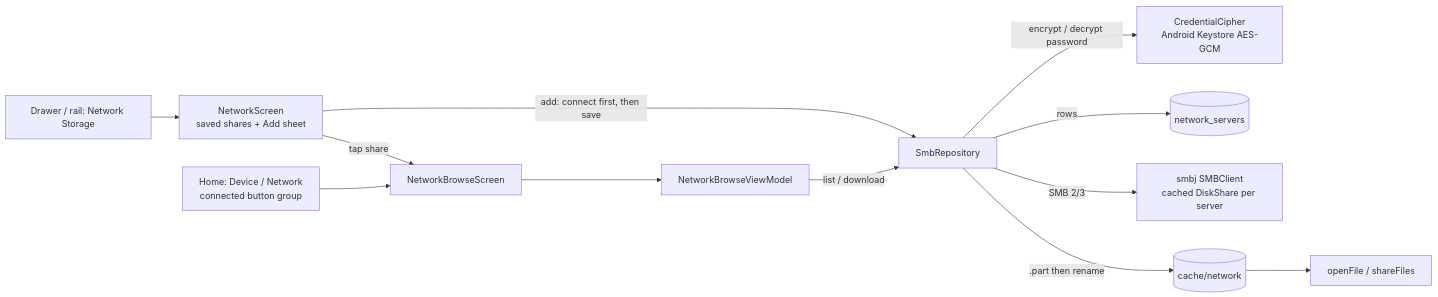
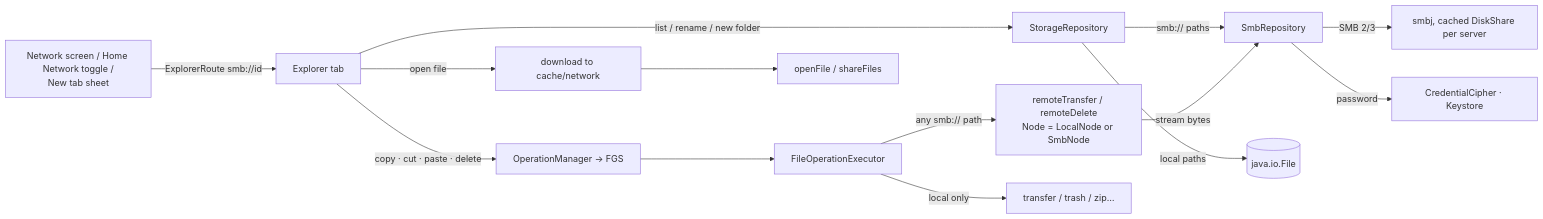
Before and after one commit to aiyu-ayaan/Findex: the fourth of 13 diagrams in development/docs/ARCHITECTURE.md, drawn with Mermaid. The commit also changed other lines of this file and 20 other files, not shown here.

Commit message:
feat(Network) : Open SMB shares as Explorer tabs with copy, move and delete between device and network

````diff
--- a/development/docs/ARCHITECTURE.md
+++ b/development/docs/ARCHITECTURE.md
@@ -170,13 +172,15 @@
 ```mermaid
 flowchart LR
-    Drawer[Drawer / rail: Network Storage] --> NS[NetworkScreen<br/>saved shares + Add sheet]
-    HomeTab[Home: Device / Network<br/>connected button group] --> NB
-    NS -->|add: connect first, then save| Repo[SmbRepository]
-    NS -->|tap share| NB[NetworkBrowseScreen]
-    NB --> VM[NetworkBrowseViewModel] -->|list / download| Repo
-    Repo -->|encrypt / decrypt password| CC[CredentialCipher<br/>Android Keystore AES-GCM]
-    Repo -->|rows| DB[(network_servers)]
-    Repo -->|SMB 2/3| Smbj[smbj SMBClient<br/>cached DiskShare per server]
-    Repo -->|.part then rename| Cache[(cache/network)]
-    Cache --> Intent[openFile / shareFiles]
+    Entry[Network screen / Home Network toggle /<br/>New tab sheet] -->|ExplorerRoute smb://id| Tab[Explorer tab]
+    Tab -->|list / rename / new folder| SR[StorageRepository]
+    SR -->|smb:// paths| Smb[SmbRepository]
+    SR -->|local paths| FS[(java.io.File)]
+    Tab -->|copy · cut · paste · delete| OM[OperationManager → FGS]
+    OM --> Exec[FileOperationExecutor]
+    Exec -->|any smb:// path| Remote[remoteTransfer / remoteDelete<br/>Node = LocalNode or SmbNode]
+    Exec -->|local only| Local[transfer / trash / zip…]
+    Remote -->|stream bytes| Smb
+    Smb -->|SMB 2/3| Smbj[smbj, cached DiskShare per server]
+    Smb -->|password| CC[CredentialCipher · Keystore]
+    Tab -->|open file| DL[download to cache/network] --> Viewer[openFile / shareFiles]
 ```
````
